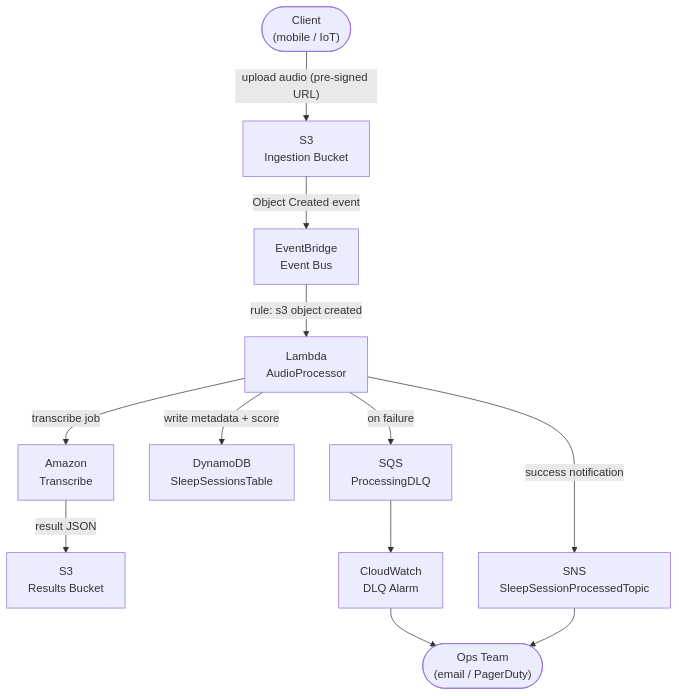
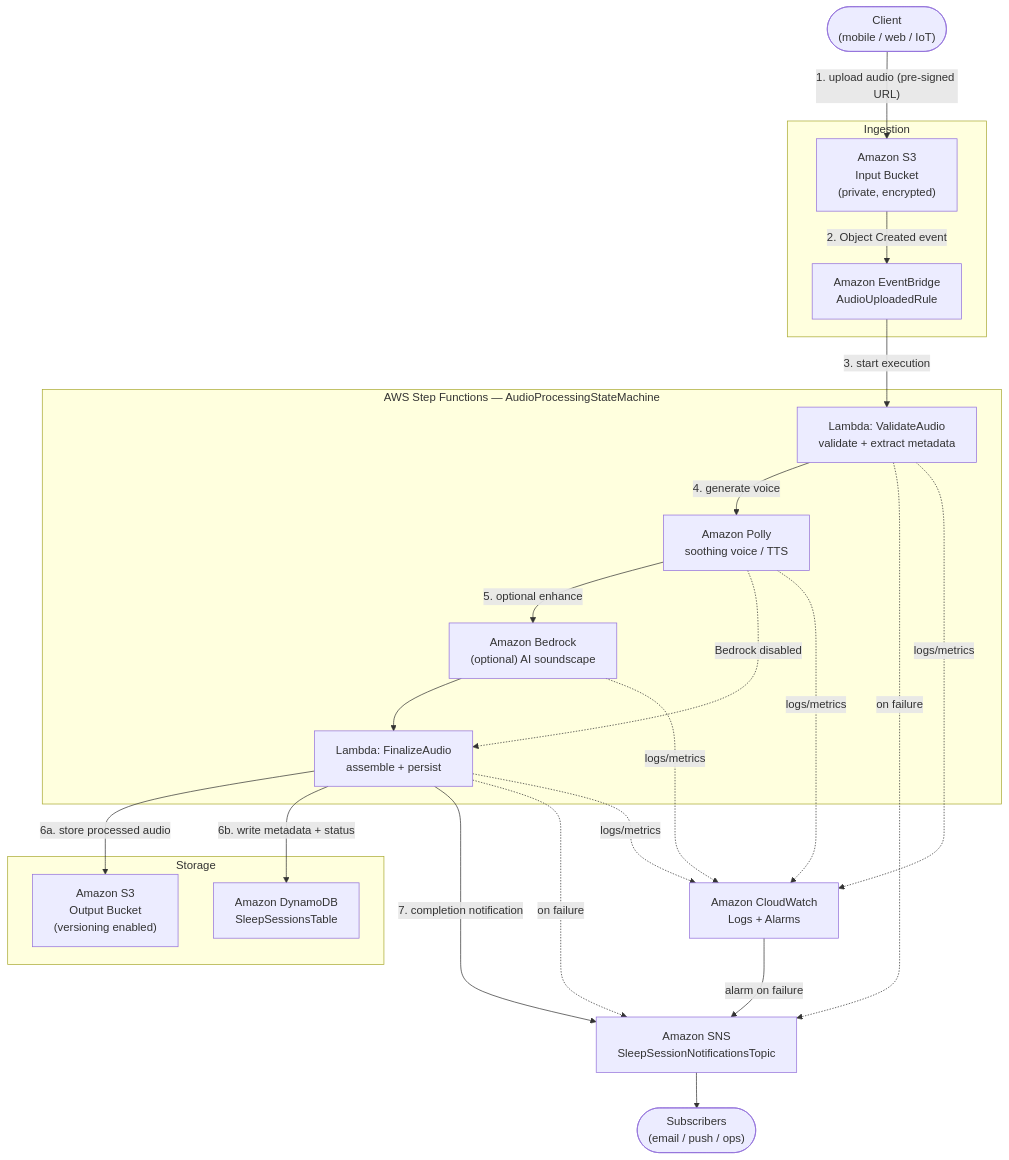
Before and after one commit to obstreperous-ai/cdk-sleep-go-copilot: the diagram in ARCHITECTURE.md, drawn with Mermaid. The commit also changed other lines of this file and 2 other files, not shown here.

Commit message:
docs: comprehensive event-driven sleep audio pipeline architecture

````diff
--- a/ARCHITECTURE.md
+++ b/ARCHITECTURE.md
@@ -59,26 +154,45 @@
 ```mermaid
 flowchart TD
-    Client(["Client\n(mobile / IoT)"])
-    S3In["S3\nIngestion Bucket"]
-    EB["EventBridge\nEvent Bus"]
-    Lambda["Lambda\nAudioProcessor"]
-    Transcribe["Amazon\nTranscribe"]
-    S3Out["S3\nResults Bucket"]
-    DDB["DynamoDB\nSleepSessionsTable"]
-    SNS["SNS\nSleepSessionProcessedTopic"]
-    DLQ["SQS\nProcessingDLQ"]
-    CWAlarm["CloudWatch\nDLQ Alarm"]
-    OpsTeam(["Ops Team\n(email / PagerDuty)"])
+    Client(["Client<br/>(mobile / web / IoT)"])
 
-    Client -- "upload audio (pre-signed URL)" --> S3In
-    S3In -- "Object Created event" --> EB
-    EB -- "rule: s3 object created" --> Lambda
-    Lambda -- "transcribe job" --> Transcribe
-    Transcribe -- "result JSON" --> S3Out
-    Lambda -- "write metadata + score" --> DDB
-    Lambda -- "success notification" --> SNS
-    Lambda -- "on failure" --> DLQ
-    DLQ --> CWAlarm
-    CWAlarm --> OpsTeam
-    SNS --> OpsTeam
+    subgraph Ingestion
+        S3In["Amazon S3<br/>Input Bucket<br/>(private, encrypted)"]
+        EB["Amazon EventBridge<br/>AudioUploadedRule"]
+    end
+
+    subgraph Processing["AWS Step Functions — AudioProcessingStateMachine"]
+        Validate["Lambda: ValidateAudio<br/>validate + extract metadata"]
+        Polly["Amazon Polly<br/>soothing voice / TTS"]
+        Bedrock["Amazon Bedrock<br/>(optional) AI soundscape"]
+        Finalize["Lambda: FinalizeAudio<br/>assemble + persist"]
+    end
+
+    subgraph Storage
+        S3Out["Amazon S3<br/>Output Bucket<br/>(versioning enabled)"]
+        DDB["Amazon DynamoDB<br/>SleepSessionsTable"]
+    end
+
+    SNS["Amazon SNS<br/>SleepSessionNotificationsTopic"]
+    CW["Amazon CloudWatch<br/>Logs + Alarms"]
+    Subs(["Subscribers<br/>(email / push / ops)"])
+
+    Client -- "1. upload audio (pre-signed URL)" --> S3In
+    S3In -- "2. Object Created event" --> EB
+    EB -- "3. start execution" --> Validate
+    Validate -- "4. generate voice" --> Polly
+    Polly -- "5. optional enhance" --> Bedrock
+    Bedrock --> Finalize
+    Polly -. "Bedrock disabled" .-> Finalize
+    Finalize -- "6a. store processed audio" --> S3Out
+    Finalize -- "6b. write metadata + status" --> DDB
+    Finalize -- "7. completion notification" --> SNS
+    Validate -. "on failure" .-> SNS
+    Finalize -. "on failure" .-> SNS
+    SNS --> Subs
+
+    Validate -. logs/metrics .-> CW
+    Finalize -. logs/metrics .-> CW
+    Polly -. logs/metrics .-> CW
+    Bedrock -. logs/metrics .-> CW
+    CW -- "alarm on failure" --> SNS
 ```
````
